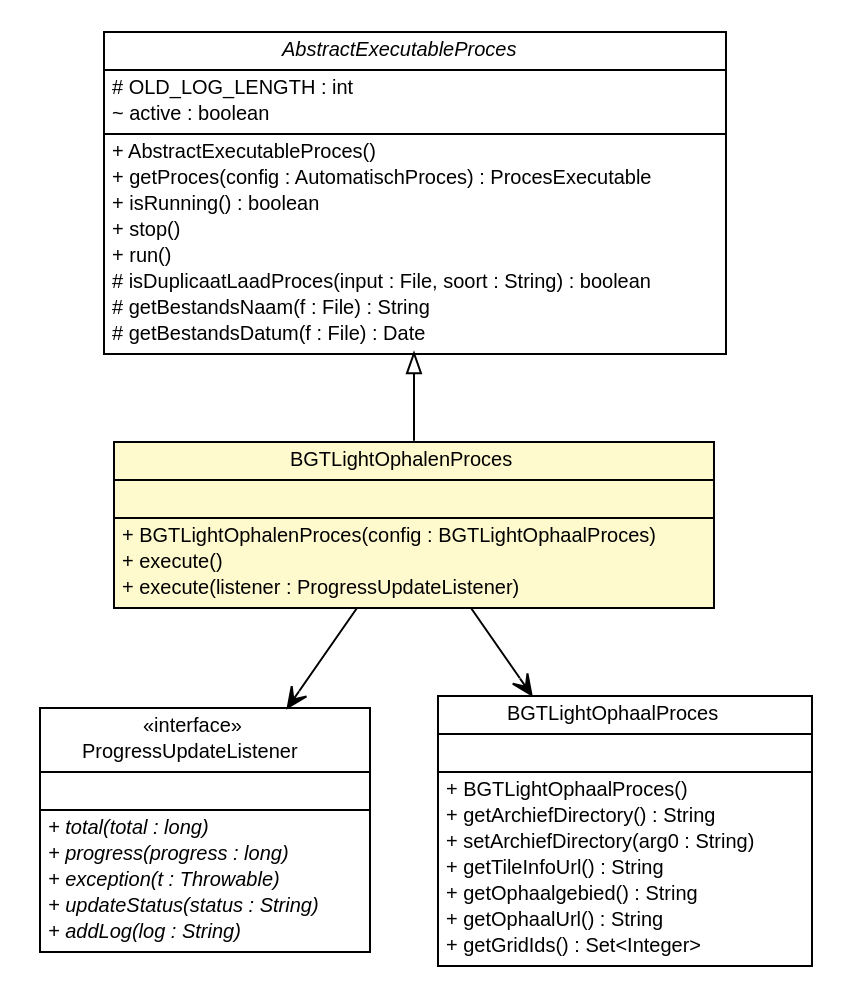
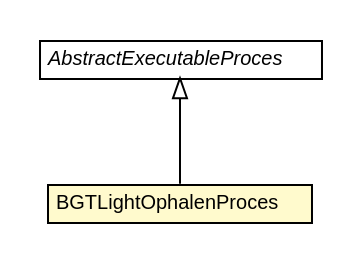
Before and after one commit to B3Partners/brmo: the diagram in brmo-service/apidocs/nl/b3p/brmo/service/scanner/BGTLightOphalenProces.dot, drawn with Graphviz. The commit also changed 385 other files, not shown here.

```diff
--- a/brmo-service/apidocs/nl/b3p/brmo/service/scanner/BGTLightOphalenProces.dot
+++ b/brmo-service/apidocs/nl/b3p/brmo/service/scanner/BGTLightOphalenProces.dot
@@ -1,87 +1,26 @@
 #!/usr/local/bin/dot
 #
 # Class diagram 
 # Generated by UMLGraph version R5_6-24-gf6e263 (http://www.umlgraph.org/)
 #
 
 digraph G {
 	edge [fontname="Helvetica",fontsize=10,labelfontname="Helvetica",labelfontsize=10];
 	node [fontname="Helvetica",fontsize=10,shape=plaintext];
 	nodesep=0.25;
 	ranksep=0.5;
 	// nl.b3p.brmo.service.scanner.AbstractExecutableProces
-	c623 [label=<<table title="nl.b3p.brmo.service.scanner.AbstractExecutableProces" border="0" cellborder="1" cellspacing="0" cellpadding="2" port="p" href="./AbstractExecutableProces.html">
+	c584 [label=<<table title="nl.b3p.brmo.service.scanner.AbstractExecutableProces" border="0" cellborder="1" cellspacing="0" cellpadding="2" port="p" href="./AbstractExecutableProces.html">
 		<tr><td><table border="0" cellspacing="0" cellpadding="1">
 <tr><td align="center" balign="center"><font face="Helvetica-Oblique"> AbstractExecutableProces </font></td></tr>
 		</table></td></tr>
-		<tr><td><table border="0" cellspacing="0" cellpadding="1">
-<tr><td align="left" balign="left"> # OLD_LOG_LENGTH : int </td></tr>
-<tr><td align="left" balign="left"> ~ active : boolean </td></tr>
-		</table></td></tr>
-		<tr><td><table border="0" cellspacing="0" cellpadding="1">
-<tr><td align="left" balign="left"> + AbstractExecutableProces() </td></tr>
-<tr><td align="left" balign="left"> + getProces(config : AutomatischProces) : ProcesExecutable </td></tr>
-<tr><td align="left" balign="left"> + isRunning() : boolean </td></tr>
-<tr><td align="left" balign="left"> + stop() </td></tr>
-<tr><td align="left" balign="left"> + run() </td></tr>
-<tr><td align="left" balign="left"> # isDuplicaatLaadProces(input : File, soort : String) : boolean </td></tr>
-<tr><td align="left" balign="left"> # getBestandsNaam(f : File) : String </td></tr>
-<tr><td align="left" balign="left"> # getBestandsDatum(f : File) : Date </td></tr>
-		</table></td></tr>
 		</table>>, URL="./AbstractExecutableProces.html", fontname="Helvetica", fontcolor="black", fontsize=10.0];
-	// nl.b3p.brmo.service.scanner.ProgressUpdateListener
-	c625 [label=<<table title="nl.b3p.brmo.service.scanner.ProgressUpdateListener" border="0" cellborder="1" cellspacing="0" cellpadding="2" port="p" href="./ProgressUpdateListener.html">
-		<tr><td><table border="0" cellspacing="0" cellpadding="1">
-<tr><td align="center" balign="center"> &#171;interface&#187; </td></tr>
-<tr><td align="center" balign="center"> ProgressUpdateListener </td></tr>
-		</table></td></tr>
-		<tr><td><table border="0" cellspacing="0" cellpadding="1">
-<tr><td align="left" balign="left">  </td></tr>
-		</table></td></tr>
-		<tr><td><table border="0" cellspacing="0" cellpadding="1">
-<tr><td align="left" balign="left"><font face="Helvetica-Oblique" point-size="10.0"> + total(total : long) </font></td></tr>
-<tr><td align="left" balign="left"><font face="Helvetica-Oblique" point-size="10.0"> + progress(progress : long) </font></td></tr>
-<tr><td align="left" balign="left"><font face="Helvetica-Oblique" point-size="10.0"> + exception(t : Throwable) </font></td></tr>
-<tr><td align="left" balign="left"><font face="Helvetica-Oblique" point-size="10.0"> + updateStatus(status : String) </font></td></tr>
-<tr><td align="left" balign="left"><font face="Helvetica-Oblique" point-size="10.0"> + addLog(log : String) </font></td></tr>
-		</table></td></tr>
-		</table>>, URL="./ProgressUpdateListener.html", fontname="Helvetica", fontcolor="black", fontsize=10.0];
 	// nl.b3p.brmo.service.scanner.BGTLightOphalenProces
-	c626 [label=<<table title="nl.b3p.brmo.service.scanner.BGTLightOphalenProces" border="0" cellborder="1" cellspacing="0" cellpadding="2" port="p" bgcolor="lemonChiffon" href="./BGTLightOphalenProces.html">
+	c587 [label=<<table title="nl.b3p.brmo.service.scanner.BGTLightOphalenProces" border="0" cellborder="1" cellspacing="0" cellpadding="2" port="p" bgcolor="lemonChiffon" href="./BGTLightOphalenProces.html">
 		<tr><td><table border="0" cellspacing="0" cellpadding="1">
 <tr><td align="center" balign="center"> BGTLightOphalenProces </td></tr>
 		</table></td></tr>
-		<tr><td><table border="0" cellspacing="0" cellpadding="1">
-<tr><td align="left" balign="left">  </td></tr>
-		</table></td></tr>
-		<tr><td><table border="0" cellspacing="0" cellpadding="1">
-<tr><td align="left" balign="left"> + BGTLightOphalenProces(config : BGTLightOphaalProces) </td></tr>
-<tr><td align="left" balign="left"> + execute() </td></tr>
-<tr><td align="left" balign="left"> + execute(listener : ProgressUpdateListener) </td></tr>
-		</table></td></tr>
 		</table>>, URL="./BGTLightOphalenProces.html", fontname="Helvetica", fontcolor="black", fontsize=10.0];
 	//nl.b3p.brmo.service.scanner.BGTLightOphalenProces extends nl.b3p.brmo.service.scanner.AbstractExecutableProces
-	c623:p -> c626:p [dir=back,arrowtail=empty];
-	// nl.b3p.brmo.service.scanner.BGTLightOphalenProces NAVASSOC nl.b3p.brmo.persistence.staging.BGTLightOphaalProces
-	c626:p -> c639:p [taillabel="", label="", headlabel="", fontname="Helvetica", fontcolor="black", fontsize=10.0, color="black", arrowhead=open];
-	// nl.b3p.brmo.service.scanner.BGTLightOphalenProces NAVASSOC nl.b3p.brmo.service.scanner.ProgressUpdateListener
-	c626:p -> c625:p [taillabel="", label="", headlabel="", fontname="Helvetica", fontcolor="black", fontsize=10.0, color="black", arrowhead=open];
-	// nl.b3p.brmo.persistence.staging.BGTLightOphaalProces
-	c639 [label=<<table title="nl.b3p.brmo.persistence.staging.BGTLightOphaalProces" border="0" cellborder="1" cellspacing="0" cellpadding="2" port="p">
-		<tr><td><table border="0" cellspacing="0" cellpadding="1">
-<tr><td align="center" balign="center"> BGTLightOphaalProces </td></tr>
-		</table></td></tr>
-		<tr><td><table border="0" cellspacing="0" cellpadding="1">
-<tr><td align="left" balign="left">  </td></tr>
-		</table></td></tr>
-		<tr><td><table border="0" cellspacing="0" cellpadding="1">
-<tr><td align="left" balign="left"> + BGTLightOphaalProces() </td></tr>
-<tr><td align="left" balign="left"> + getArchiefDirectory() : String </td></tr>
-<tr><td align="left" balign="left"> + setArchiefDirectory(arg0 : String) </td></tr>
-<tr><td align="left" balign="left"> + getTileInfoUrl() : String </td></tr>
-<tr><td align="left" balign="left"> + getOphaalgebied() : String </td></tr>
-<tr><td align="left" balign="left"> + getOphaalUrl() : String </td></tr>
-<tr><td align="left" balign="left"> + getGridIds() : Set&lt;Integer&gt; </td></tr>
-		</table></td></tr>
-		</table>>, URL="null", fontname="Helvetica", fontcolor="black", fontsize=10.0];
+	c584:p -> c587:p [dir=back,arrowtail=empty];
 }
```
